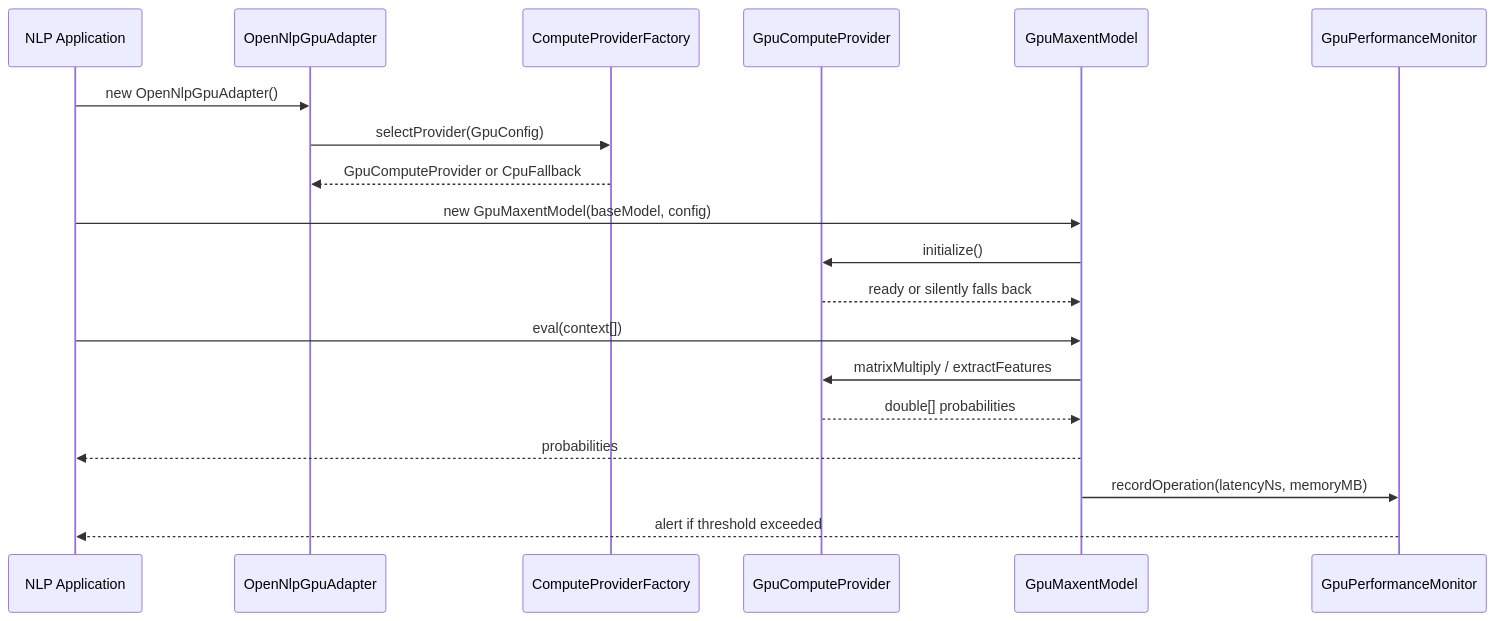
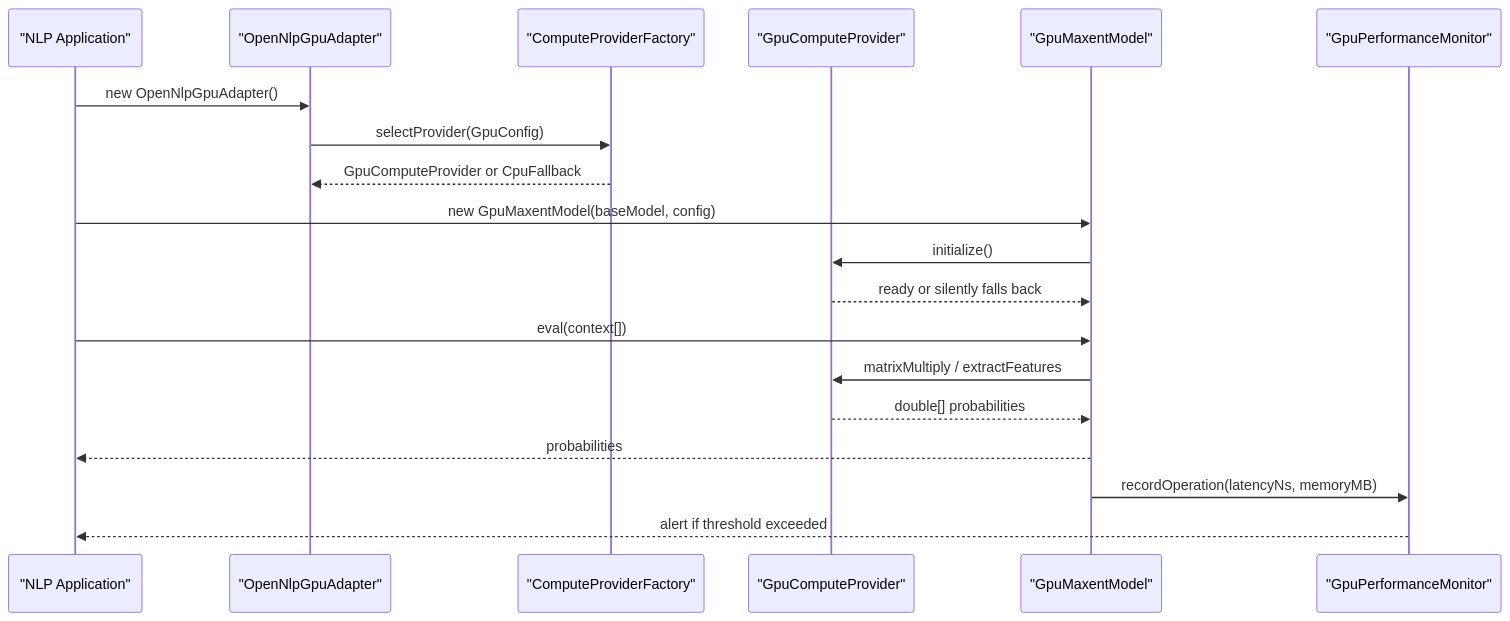
One commit to hkevin01/opennlp-gpu changed the second of 5 diagrams in README.md. Above: the diagram before and after it, drawn with Mermaid. The commit also changed other lines of this file, not shown here.

Commit message:
fix: update sequence and Gantt diagram labels for consistency and clarity

````diff
--- a/README.md
+++ b/README.md
@@ -214,22 +214,22 @@
 ```mermaid
 sequenceDiagram
-    participant App as NLP Application
-    participant Adapter as OpenNlpGpuAdapter
-    participant Factory as ComputeProviderFactory
-    participant GPU as GpuComputeProvider
-    participant Model as GpuMaxentModel
-    participant Monitor as GpuPerformanceMonitor
+    participant App as "NLP Application"
+    participant Adapter as "OpenNlpGpuAdapter"
+    participant Factory as "ComputeProviderFactory"
+    participant GPU as "GpuComputeProvider"
+    participant Model as "GpuMaxentModel"
+    participant Monitor as "GpuPerformanceMonitor"
 
     App->>Adapter: new OpenNlpGpuAdapter()
     Adapter->>Factory: selectProvider(GpuConfig)
     Factory-->>Adapter: GpuComputeProvider or CpuFallback
     App->>Model: new GpuMaxentModel(baseModel, config)
     Model->>GPU: initialize()
     GPU-->>Model: ready or silently falls back
     App->>Model: eval(context[])
     Model->>GPU: matrixMultiply / extractFeatures
     GPU-->>Model: double[] probabilities
     Model-->>App: probabilities
     Model->>Monitor: recordOperation(latencyNs, memoryMB)
     Monitor-->>App: alert if threshold exceeded
 ```
````
